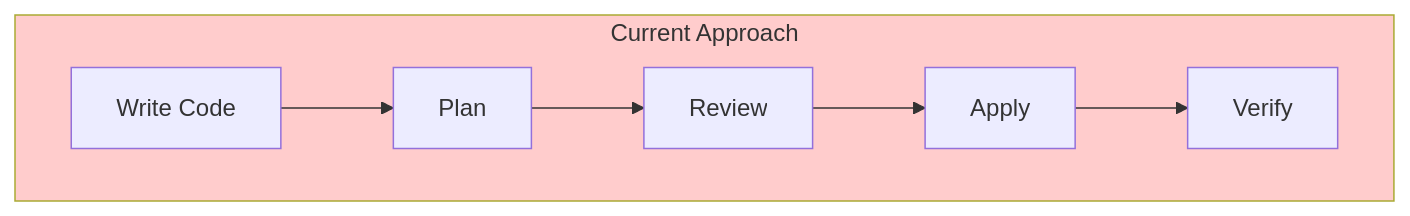
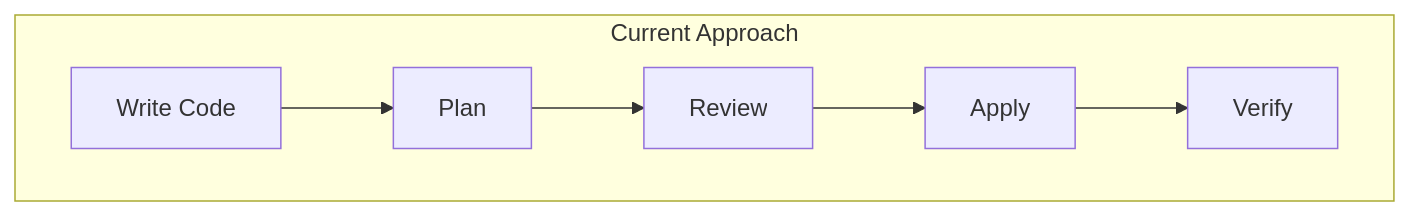
One commit to voioo/iac-pulumi-seminar changed the second of 3 diagrams in pages/section-6.md. Above: the diagram before and after it, drawn with Mermaid. The commit also changed other lines of this file and 6 other files, not shown here.

````diff
--- a/pages/section-6.md
+++ b/pages/section-6.md
@@ -96,10 +95,9 @@
 ```mermaid {scale: 0.8}
 graph TB
     subgraph Current ["Current Approach"]
         A1[Write Code] --> B1[Plan]
         B1 --> C1[Review]
         C1 --> D1[Apply]
         D1 --> E1[Verify]
     end
-    style Current fill:#ffcccc
 ```    
````
